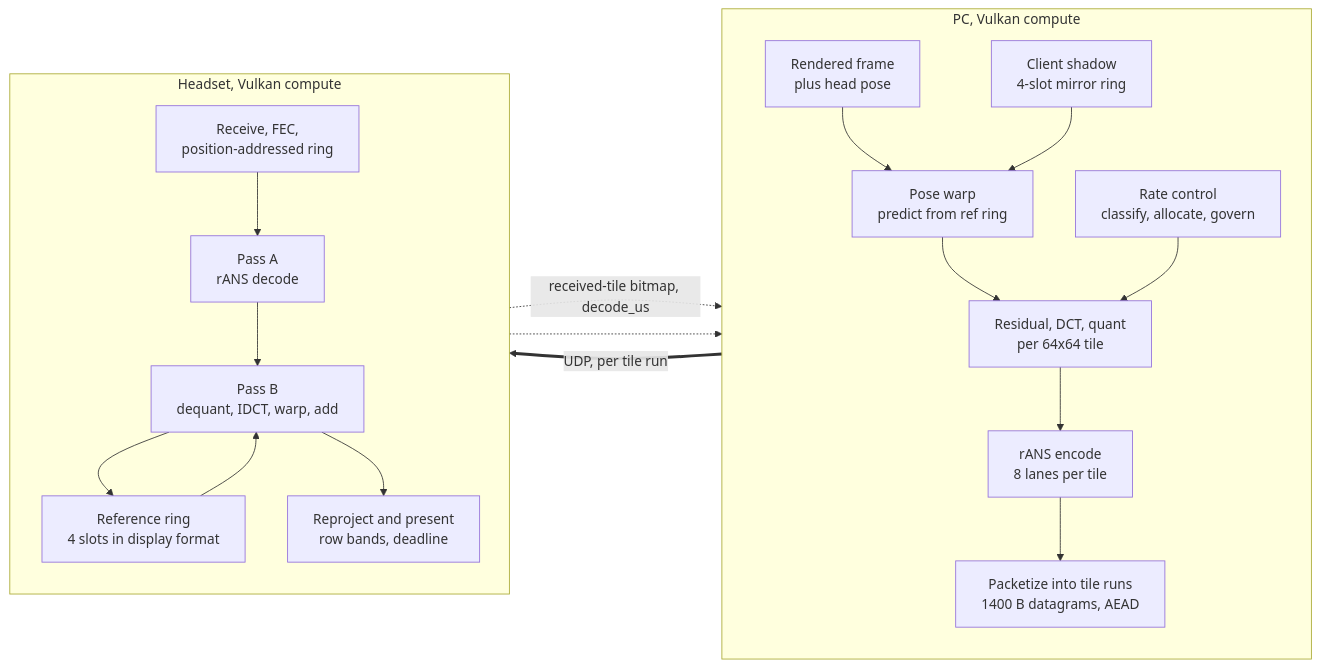
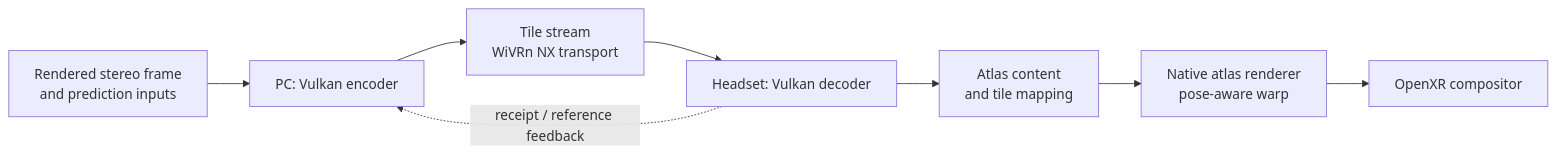
Before and after one commit to nerdrx/nx-warp: the diagram in README.md, drawn with Mermaid. The commit also changed other lines of this file, not shown here.

Commit message:
Rewrite README around architecture, measured evidence and reproduction

````diff
--- a/README.md
+++ b/README.md
@@ -356,25 +51,10 @@
 ```mermaid
 flowchart LR
-  subgraph SRV["PC, Vulkan compute"]
-    direction TB
-    A["Rendered frame<br/>plus head pose"] --> B["Pose warp<br/>predict from ref ring"]
-    B --> C["Residual, DCT, quant<br/>per 64x64 tile"]
-    C --> D["rANS encode<br/>8 lanes per tile"]
-    D --> E["Packetize into tile runs<br/>1400 B datagrams, AEAD"]
-    RC["Rate control<br/>classify, allocate, govern"] --> C
-    SH["Client shadow<br/>4-slot mirror ring"] --> B
-  end
-
-  subgraph HS["Headset, Vulkan compute"]
-    direction TB
-    F["Receive, FEC,<br/>position-addressed ring"] --> G["Pass A<br/>rANS decode"]
-    G --> H["Pass B<br/>dequant, IDCT, warp, add"]
-    H --> I["Reference ring<br/>4 slots in display format"]
-    I --> H
-    H --> J["Reproject and present<br/>row bands, deadline"]
-  end
-
-  E ==>|"UDP, per tile run"| F
-  F -.->|"received-tile bitmap, decode_us"| RC
-  F -.-> SH
+    A["Rendered stereo frame<br/>and prediction inputs"] --> B["PC: Vulkan encoder"]
+    B --> C["Tile stream<br/>WiVRn NX transport"]
+    C --> D["Headset: Vulkan decoder"]
+    D --> E["Atlas content<br/>and tile mapping"]
+    E --> F["Native atlas renderer<br/>pose-aware warp"]
+    F --> G["OpenXR compositor"]
+    D -. "receipt / reference feedback" .-> B
 ```
````
